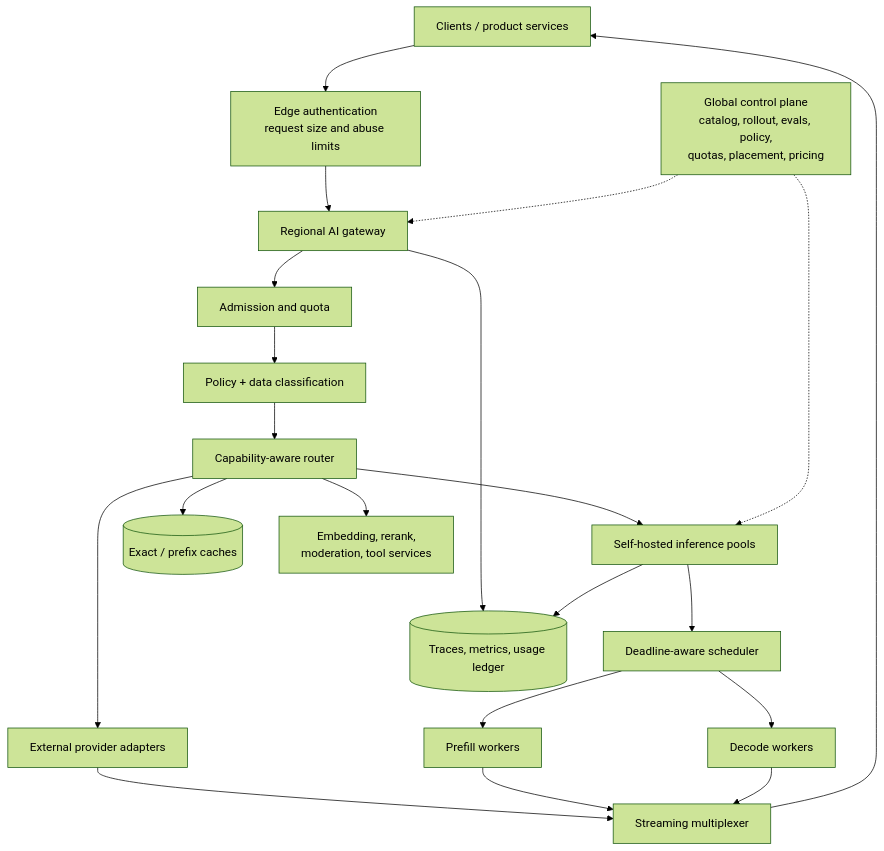
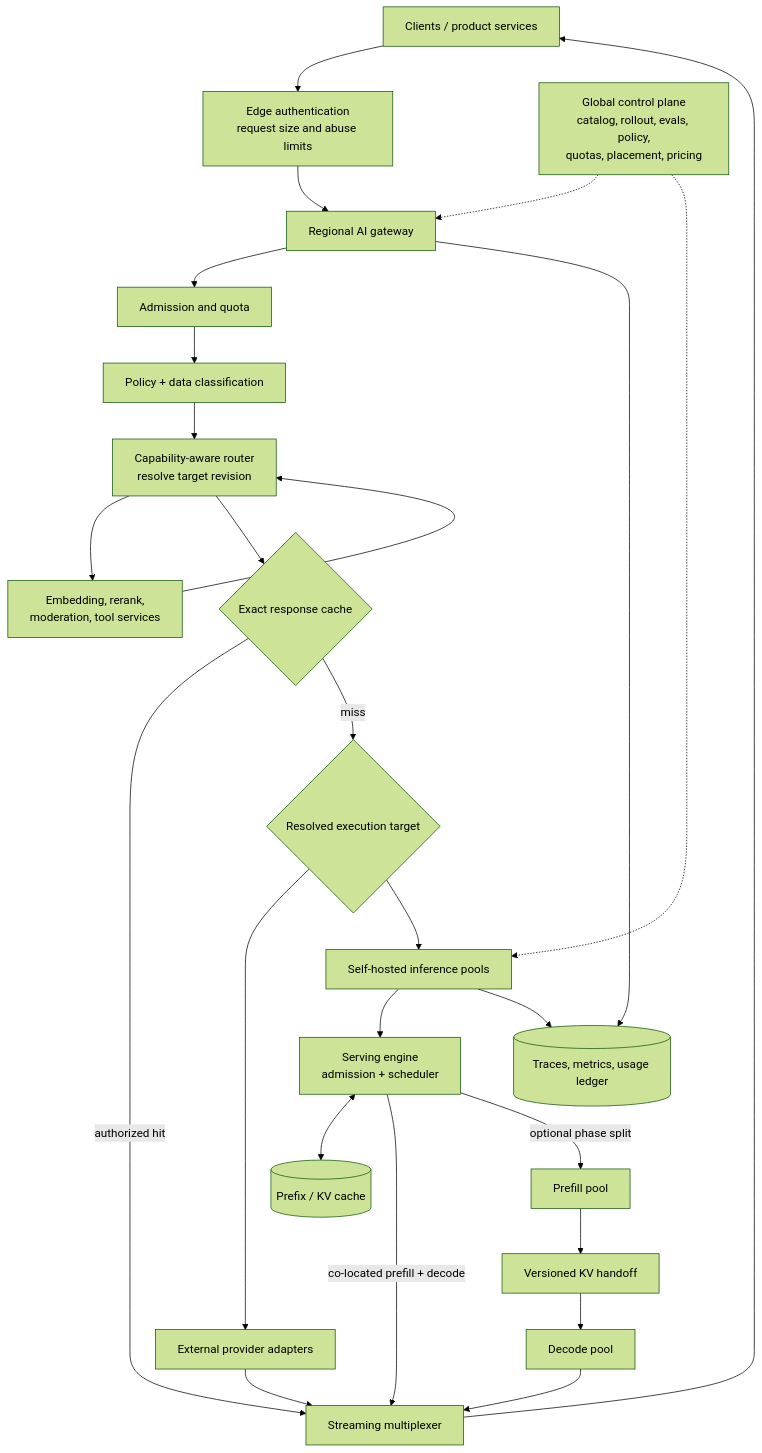
The diagram in 17-llm-systems/05-llm-infrastructure.md (babushkai/system-design-patterns), drawn with Mermaid (forest theme) before and after one commit. The commit also changed other lines of this file and 25 other files, not shown here.

````diff
--- a/17-llm-systems/05-llm-infrastructure.md
+++ b/17-llm-systems/05-llm-infrastructure.md
@@ -50,26 +51,31 @@
 ```mermaid
 flowchart TB
     C[Clients / product services] --> E[Edge authentication<br/>request size and abuse limits]
     E --> G[Regional AI gateway]
     G --> A[Admission and quota]
     A --> P[Policy + data classification]
-    P --> R[Capability-aware router]
+    P --> R[Capability-aware router<br/>resolve target revision]
+    R --> AUX[Embedding, rerank,<br/>moderation, tool services]
+    AUX --> R
+    R --> RC{Exact response cache}
+    RC -->|authorized hit| S[Streaming multiplexer]
+    RC -->|miss| T{Resolved execution target}
 
-    R --> EXT[External provider adapters]
-    R --> HOST[Self-hosted inference pools]
-    HOST --> SCH[Deadline-aware scheduler]
-    SCH --> PF[Prefill workers]
-    SCH --> DC[Decode workers]
+    T --> EXT[External provider adapters]
+    T --> HOST[Self-hosted inference pools]
+    HOST --> ENG[Serving engine<br/>admission + scheduler]
+    ENG <--> KV[(Prefix / KV cache)]
+    ENG -->|co-located prefill + decode| S
+    ENG -->|optional phase split| PF[Prefill pool]
+    PF --> XFER[Versioned KV handoff]
+    XFER --> DC[Decode pool]
+    DC --> S
 
-    R --> CACHE[(Exact / prefix caches)]
-    R --> AUX[Embedding, rerank,<br/>moderation, tool services]
-    EXT --> S[Streaming multiplexer]
-    PF --> S
-    DC --> S
+    EXT --> S
     S --> C
 
     CP[Global control plane<br/>catalog, rollout, evals, policy,<br/>quotas, placement, pricing] -.-> G
     CP -.-> HOST
     G --> OBS[(Traces, metrics, usage ledger)]
     HOST --> OBS
 ```
````
